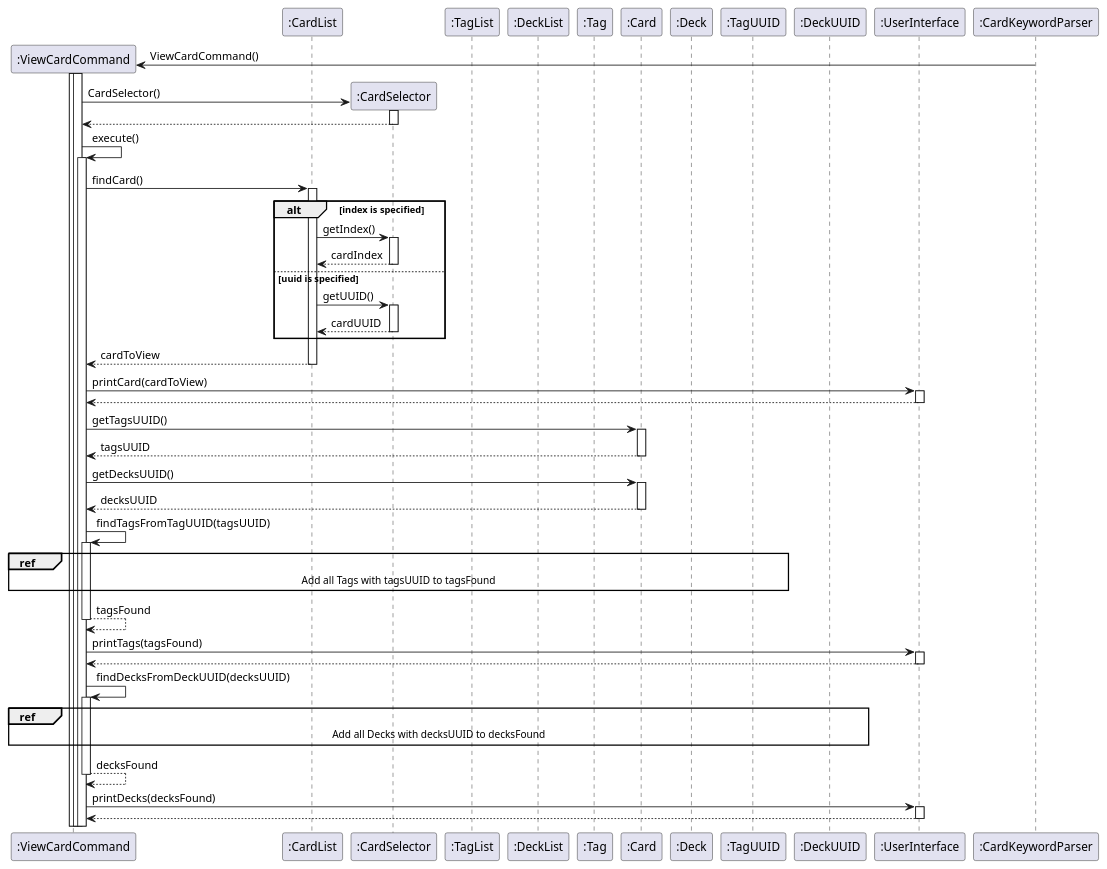
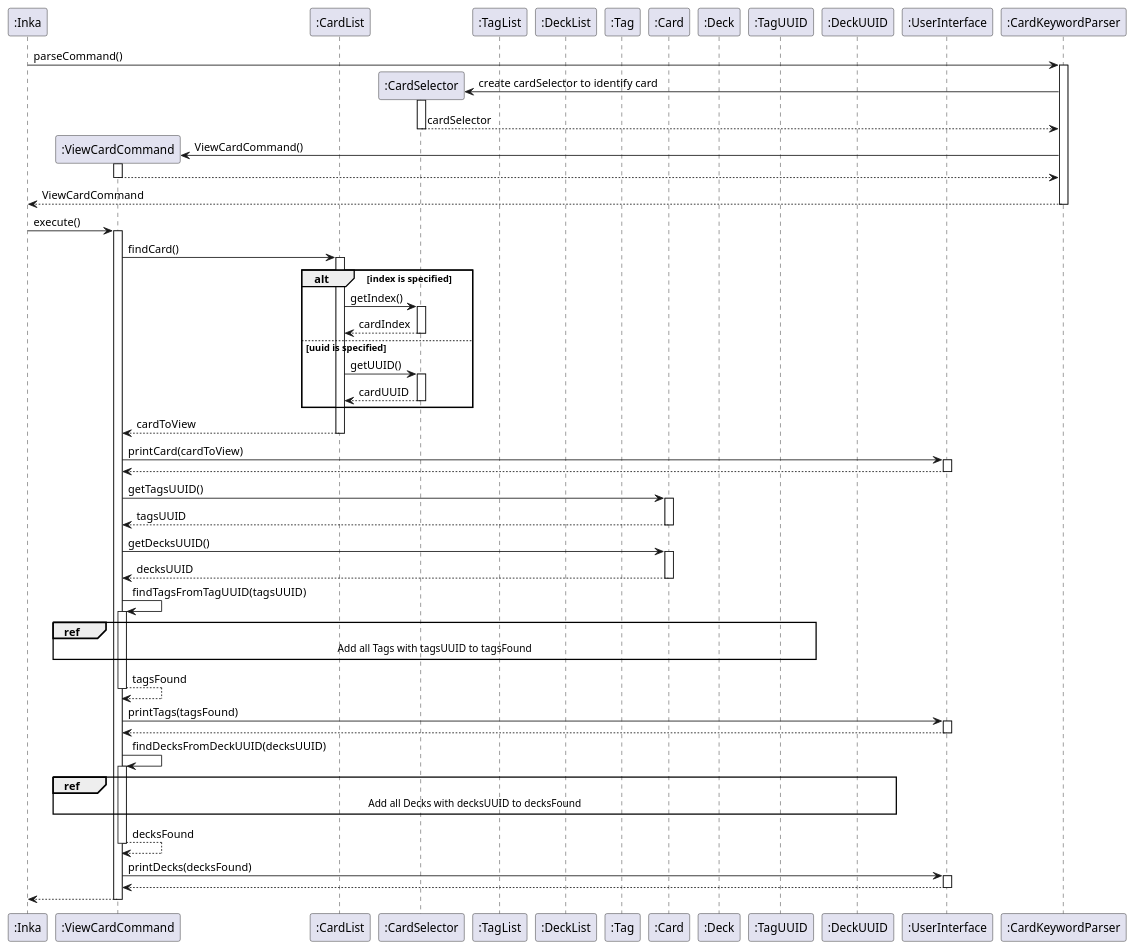
Before and after one commit to nus-cs2113-AY2223S2/tp: the diagram in docs/uml/CardViewSequence.puml, drawn with PlantUML. The commit also changed 9 other files, not shown here.

Commit message:
Update sequence diagrams for more accurate constructor calls and etc

```diff
--- a/docs/uml/CardViewSequence.puml
+++ b/docs/uml/CardViewSequence.puml
@@ -1,86 +1,91 @@
 @startuml CardListSequence
 
 autoactivate on
 
+participant ":Inka" as Inka
 participant ":ViewCardCommand" as ViewCardCommand
 participant ":CardList" as CardList
 participant ":CardSelector" as CardSelector
 participant ":TagList" as TagList
 participant ":DeckList" as DeckList
 participant ":Tag" as Tag
 participant ":Card" as Card
 participant ":Deck" as Deck
 participant ":TagUUID" as TagUUID
 participant ":DeckUUID" as DeckUUID
 participant ":UserInterface" as UserInterface
 participant ":CardKeywordParser" as CardKeywordParser
 
+Inka -> CardKeywordParser : parseCommand()
+
+Create CardSelector
+CardKeywordParser -> CardSelector : create cardSelector to identify card
+return cardSelector
 
 Create ViewCardCommand
 CardKeywordParser -> ViewCardCommand : ViewCardCommand()
-activate ViewCardCommand
+return
+return ViewCardCommand
 
-Create CardSelector
-ViewCardCommand -> CardSelector : CardSelector()
-return
-
-ViewCardCommand -> ViewCardCommand : execute()
+Inka -> ViewCardCommand : execute()
 ViewCardCommand -> CardList : findCard()
 
 alt index is specified
 CardList -> CardSelector : getIndex()
 return cardIndex
 else uuid is specified
 CardList -> CardSelector : getUUID()
 return cardUUID
 end
 return cardToView
 
 ViewCardCommand -> UserInterface : printCard(cardToView)
 return
 
 
 ViewCardCommand -> Card : getTagsUUID()
 return tagsUUID
 ViewCardCommand -> Card : getDecksUUID()
 return decksUUID
 
 ViewCardCommand -> ViewCardCommand : findTagsFromTagUUID(tagsUUID)
 
 ref over ViewCardCommand, TagList, TagUUID
 Add all Tags with tagsUUID to tagsFound
 end ref
 
 'loop current uuid of tagsUUID != null
 '
 '  ViewCardCommand -> TagList : TagList()
 '  return tagsFound
 '  ViewCardCommand -> TagList : getTags()
 '  return allTags
 '  loop current uuid of allTags != null
 '      ViewCardCommand -> TagUUID : equals()
 '      return isUUIDEqual
 '      alt isUUIDEqual
 '       ViewCardCommand -> TagList : addTag()
 '       return
 '      end
 '  end loop
 'end loop
 return tagsFound
 
 ViewCardCommand -> UserInterface : printTags(tagsFound)
 return
 
 
 ViewCardCommand -> ViewCardCommand : findDecksFromDeckUUID(decksUUID)
 
 ref over ViewCardCommand, DeckUUID, DeckList
 Add all Decks with decksUUID to decksFound
 end ref
 
 return decksFound
 
 ViewCardCommand -> UserInterface : printDecks(decksFound)
 return
 
+return
+
 @enduml
```
